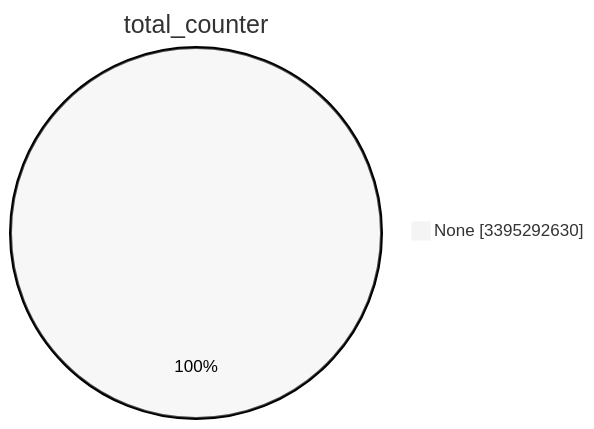
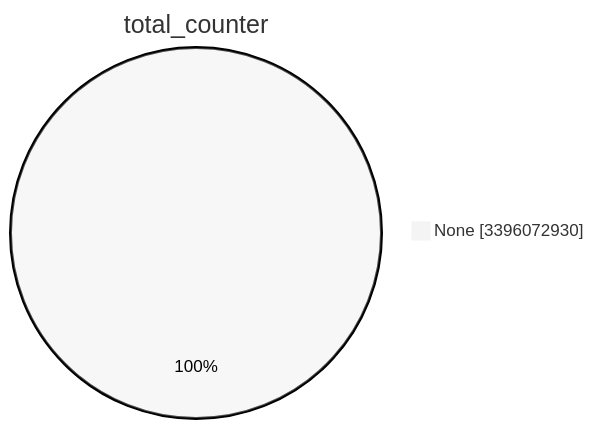
Before and after one commit to christiankrug/ctmonitor_visualization: the first of 15 diagrams in TOTAL/README.md, drawn with Mermaid (neutral theme). The commit also changed other lines of this file, not shown here.

````diff
--- a/TOTAL/README.md
+++ b/TOTAL/README.md
@@ -1,5 +1,5 @@
 ```mermaid
 pie showData
 title total_counter
-"None" :3395292630
+"None" :3396072930
 ```
````
